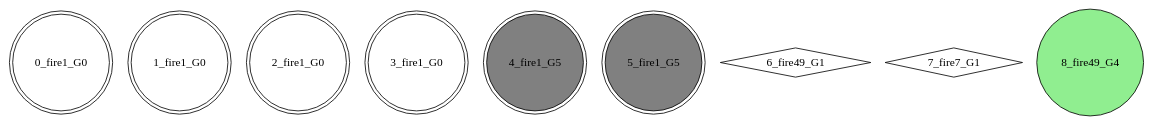
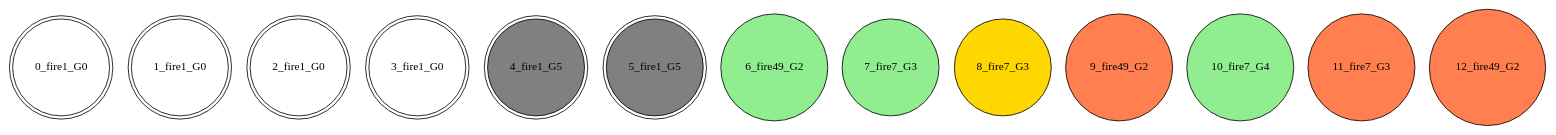
The diagram in best_individual.dot (yi1306c12/suna_c), drawn with Graphviz before and after one commit. The commit also changed 5 other files, not shown here.

```diff
--- a/best_individual.dot
+++ b/best_individual.dot
@@ -1,12 +1,16 @@
 digraph G {
  node[shape = circle]
 0 [label="0_fire1_G0",shape=doublecircle]
 1 [label="1_fire1_G0",shape=doublecircle]
 2 [label="2_fire1_G0",shape=doublecircle]
 3 [label="3_fire1_G0",shape=doublecircle]
 4 [label="4_fire1_G5",shape=doublecircle, style=filled, fillcolor=gray]
 5 [label="5_fire1_G5",shape=doublecircle, style=filled, fillcolor=gray]
-6 [label="6_fire49_G1",shape=diamond]
-7 [label="7_fire7_G1",shape=diamond]
-8 [label="8_fire49_G4",style=filled, fillcolor=lightgreen]
+6 [label="6_fire49_G2",style=filled, fillcolor=lightgreen]
+7 [label="7_fire7_G3",style=filled, fillcolor=lightgreen]
+8 [label="8_fire7_G3",style=filled, fillcolor=gold]
+9 [label="9_fire49_G2",style=filled, fillcolor=coral]
+10 [label="10_fire7_G4",style=filled, fillcolor=lightgreen]
+11 [label="11_fire7_G3",style=filled, fillcolor=coral]
+12 [label="12_fire49_G2",style=filled, fillcolor=coral]
 }
```
